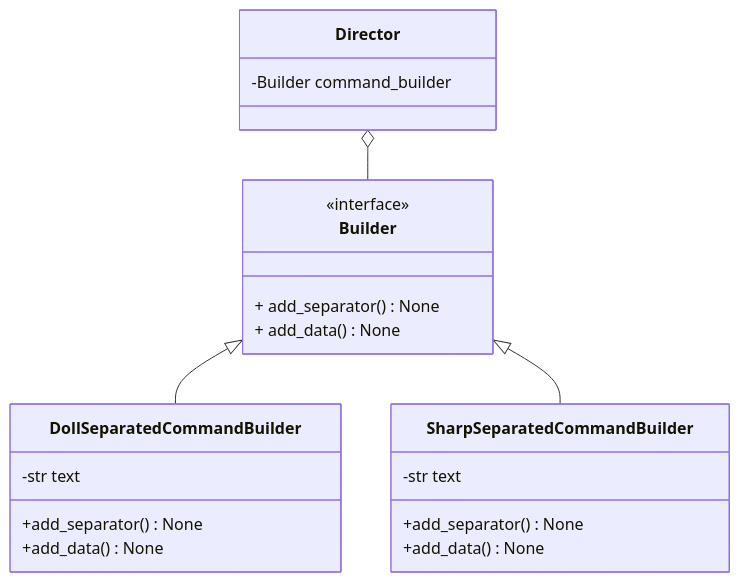
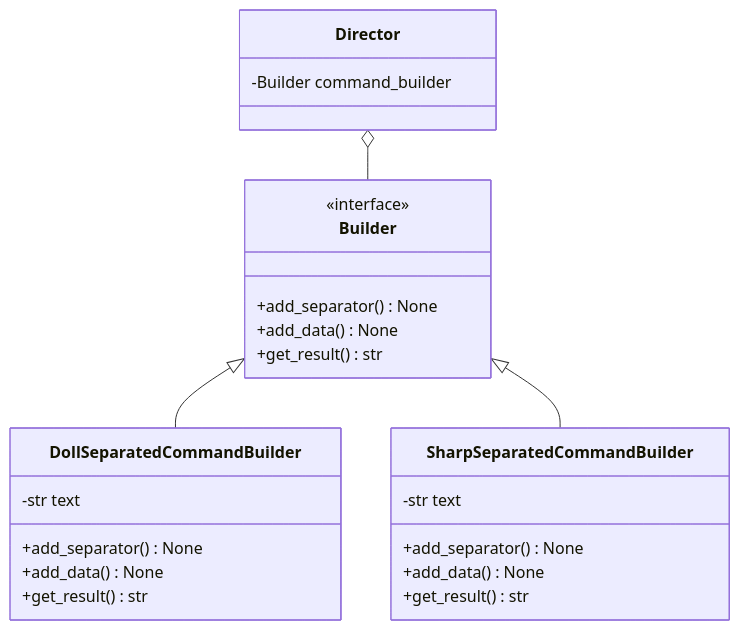
One commit to raucha/design-pattern-python changed the diagram in 07_builder/readme.md. Above: the diagram before and after it, drawn with Mermaid.

````diff
--- a/07_builder/readme.md
+++ b/07_builder/readme.md
@@ -5,30 +5,33 @@
 ```mermaid
 classDiagram
 
 class Builder{
   <<interface>>
-  + add_separator() None
-  + add_data() None
+  +add_separator() None
+  +add_data() None
+  +get_result() str
 }
 
 Builder <|-- DollSeparatedCommandBuilder
 class DollSeparatedCommandBuilder{
   -str text
   +add_separator() None
   +add_data() None
+  +get_result() str
 }
 
 Builder <|-- SharpSeparatedCommandBuilder
 class SharpSeparatedCommandBuilder{
   -str text
   +add_separator() None
   +add_data() None
+  +get_result() str
 }
 
 Director o-- Builder
 class Director{
   -Builder command_builder
 }
 
 
 ```
````
